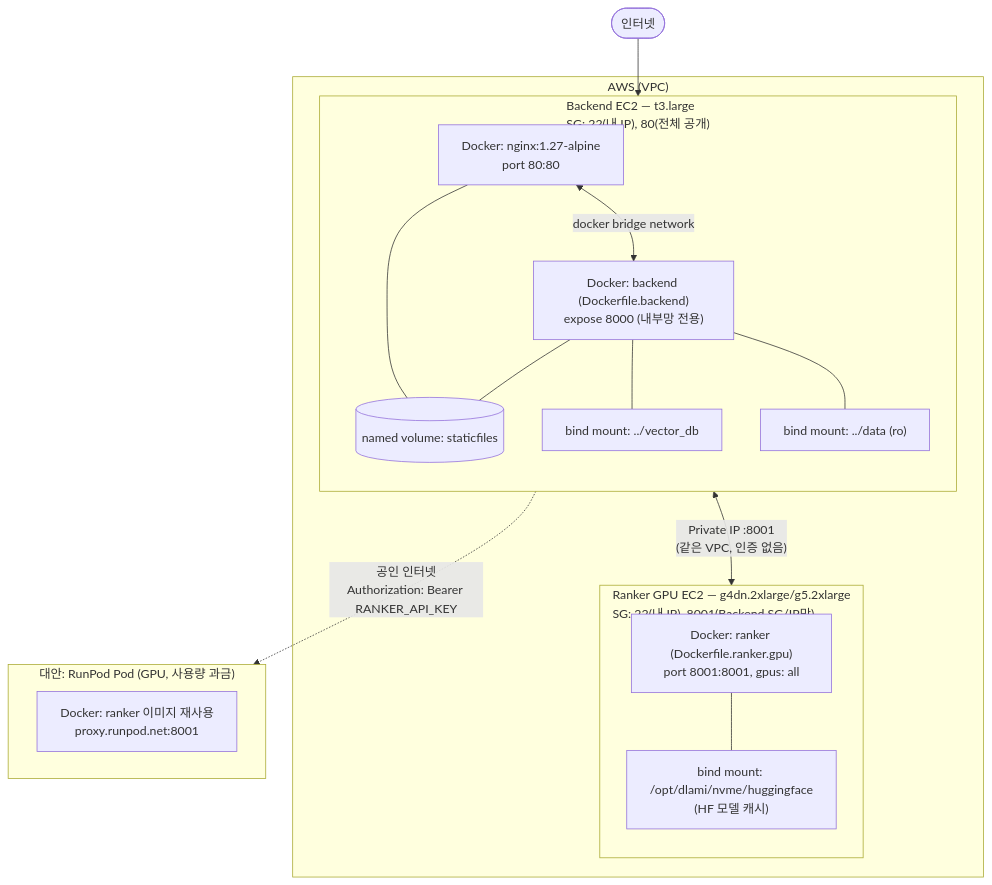
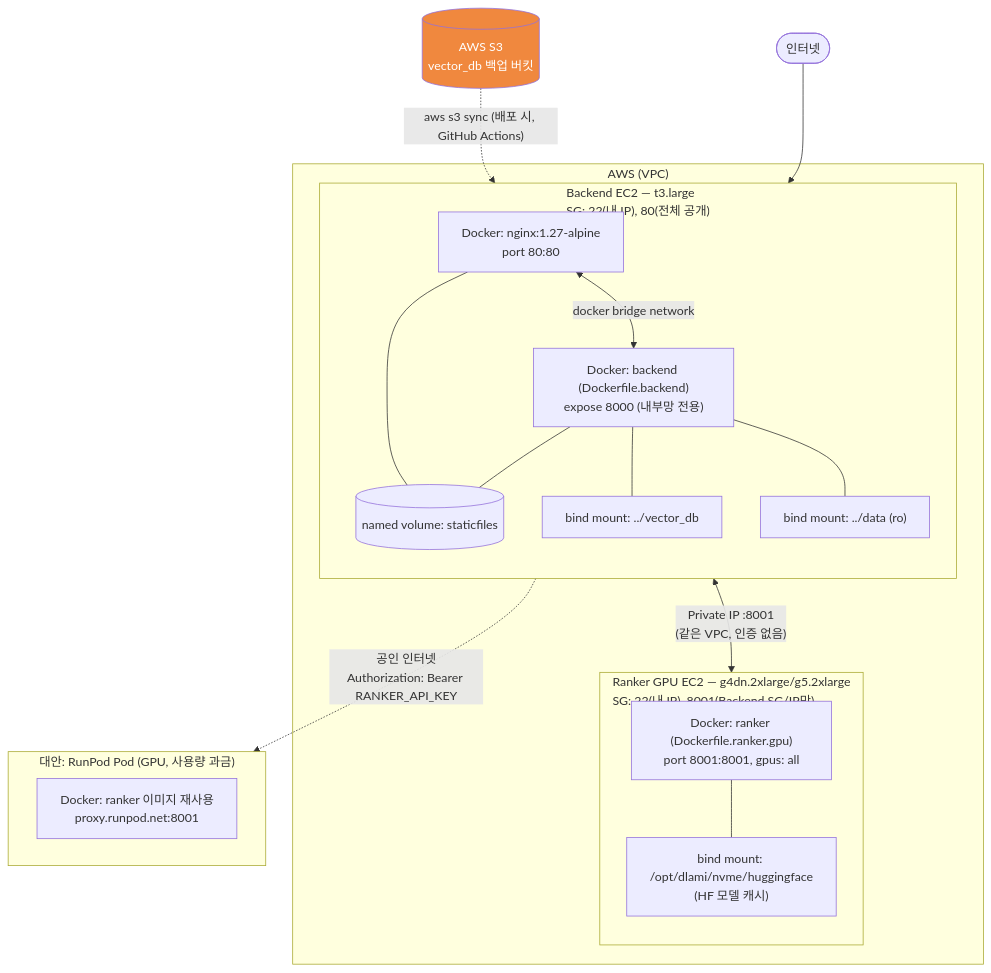
Before and after one commit to hijun318-eng/law_project2: the third of 3 diagrams in doc/시스템_구성도.md, drawn with Mermaid. The commit also changed other lines of this file and 1 other file, not shown here.

````diff
--- a/doc/시스템_구성도.md
+++ b/doc/시스템_구성도.md
@@ -100,35 +100,40 @@
 ```mermaid
 flowchart TB
+    S3[("AWS S3<br/>vector_db 백업 버킷")]
+
     subgraph AWS["AWS (VPC)"]
         subgraph EC2A["Backend EC2 — t3.large<br/>SG: 22(내 IP), 80(전체 공개)"]
             direction TB
             C1["Docker: nginx:1.27-alpine<br/>port 80:80"]
             C2["Docker: backend (Dockerfile.backend)<br/>expose 8000 (내부망 전용)"]
             V1[("named volume: staticfiles")]
             V2["bind mount: ../vector_db"]
             V3["bind mount: ../data (ro)"]
             C1 --- V1
             C2 --- V1
             C2 --- V2
             C2 --- V3
             C1 <-->|docker bridge network| C2
         end
 
         subgraph EC2B["Ranker GPU EC2 — g4dn.2xlarge/g5.2xlarge<br/>SG: 22(내 IP), 8001(Backend SG/IP만)"]
             direction TB
             C3["Docker: ranker (Dockerfile.ranker.gpu)<br/>port 8001:8001, gpus: all"]
             V4["bind mount: /opt/dlami/nvme/huggingface<br/>(HF 모델 캐시)"]
             C3 --- V4
         end
 
         EC2A <-->|"Private IP :8001<br/>(같은 VPC, 인증 없음)"| EC2B
     end
 
     subgraph RunPod["대안: RunPod Pod (GPU, 사용량 과금)"]
         C4["Docker: ranker 이미지 재사용<br/>proxy.runpod.net:8001"]
     end
 
+    S3 -.->|"aws s3 sync (배포 시, GitHub Actions)"| V2
     EC2A -.->|"공인 인터넷<br/>Authorization: Bearer RANKER_API_KEY"| RunPod
 
     Internet(["인터넷"]) --> EC2A
+
+    style S3 fill:#f0883e,color:#fff
 ```
````
